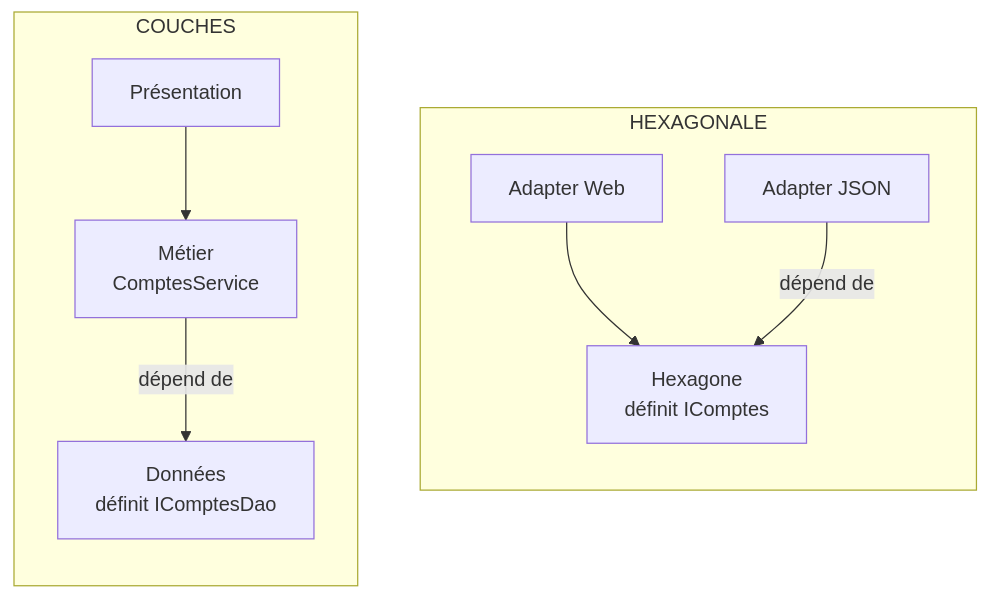
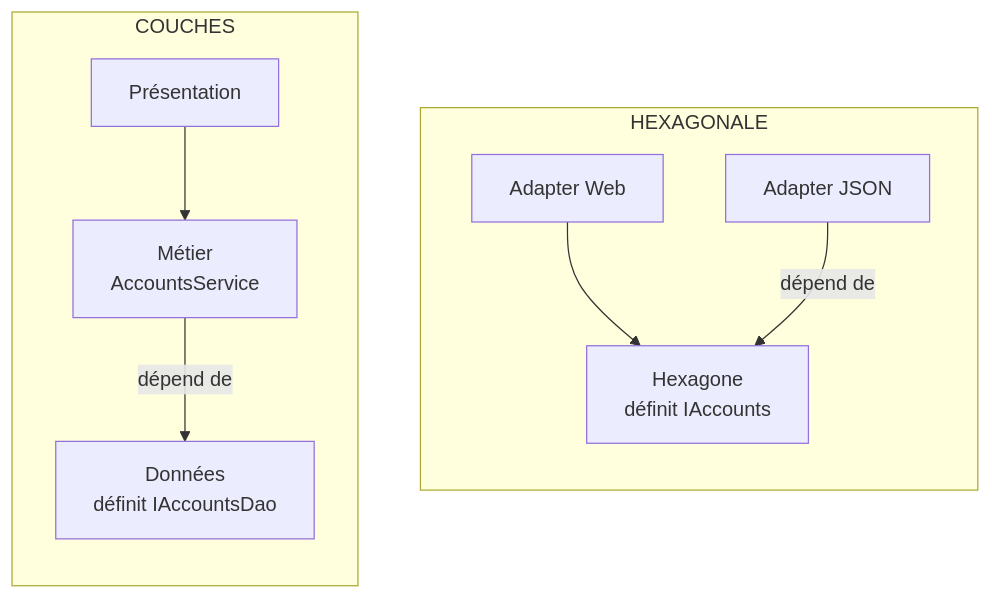
Before and after one commit to drangoht/ArchitecturesDemo: the diagram in Docs/differences/01-couches-vs-hexagonale.md, drawn with Mermaid. The commit also changed other lines of this file and 70 other files, not shown here.

Commit message:
Docs FR : identifiants, liens, diagrammes et sorties alignés sur le code anglais

````diff
--- a/Docs/differences/01-couches-vs-hexagonale.md
+++ b/Docs/differences/01-couches-vs-hexagonale.md
@@ -36,13 +36,13 @@
 ```mermaid
 flowchart LR
     subgraph C["COUCHES"]
         direction TB
-        P0["Présentation"] --> M0["Métier<br/>ComptesService"] -->|"dépend de"| D0["Données<br/>définit IComptesDao"]
+        P0["Présentation"] --> M0["Métier<br/>AccountsService"] -->|"dépend de"| D0["Données<br/>définit IAccountsDao"]
     end
     subgraph H["HEXAGONALE"]
         direction TB
-        W1["Adapter Web"] --> M1["Hexagone<br/>définit IComptes"]
+        W1["Adapter Web"] --> M1["Hexagone<br/>définit IAccounts"]
         J1["Adapter JSON"] -->|"dépend de"| M1
     end
     C ~~~ H
 ```
````
